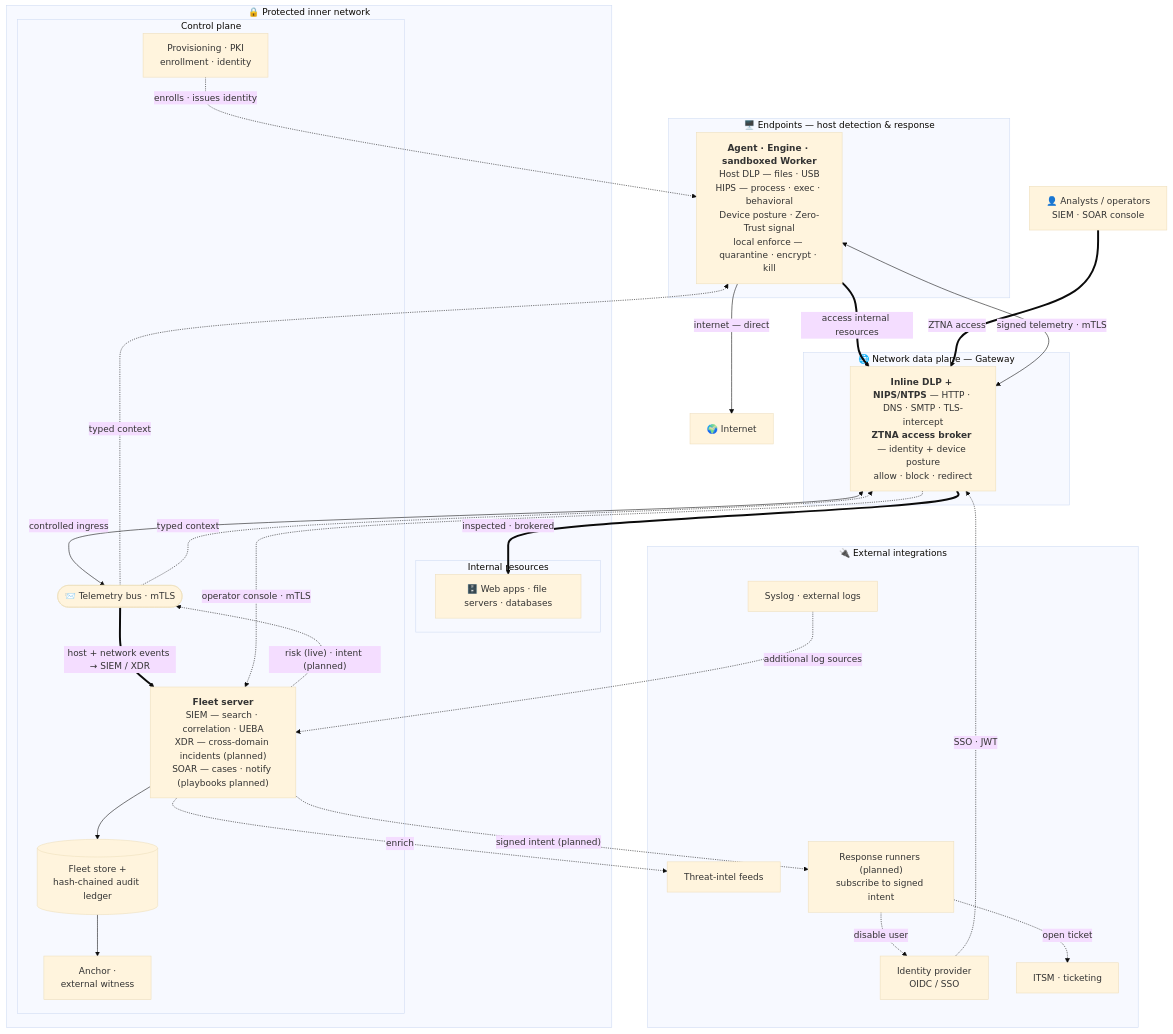
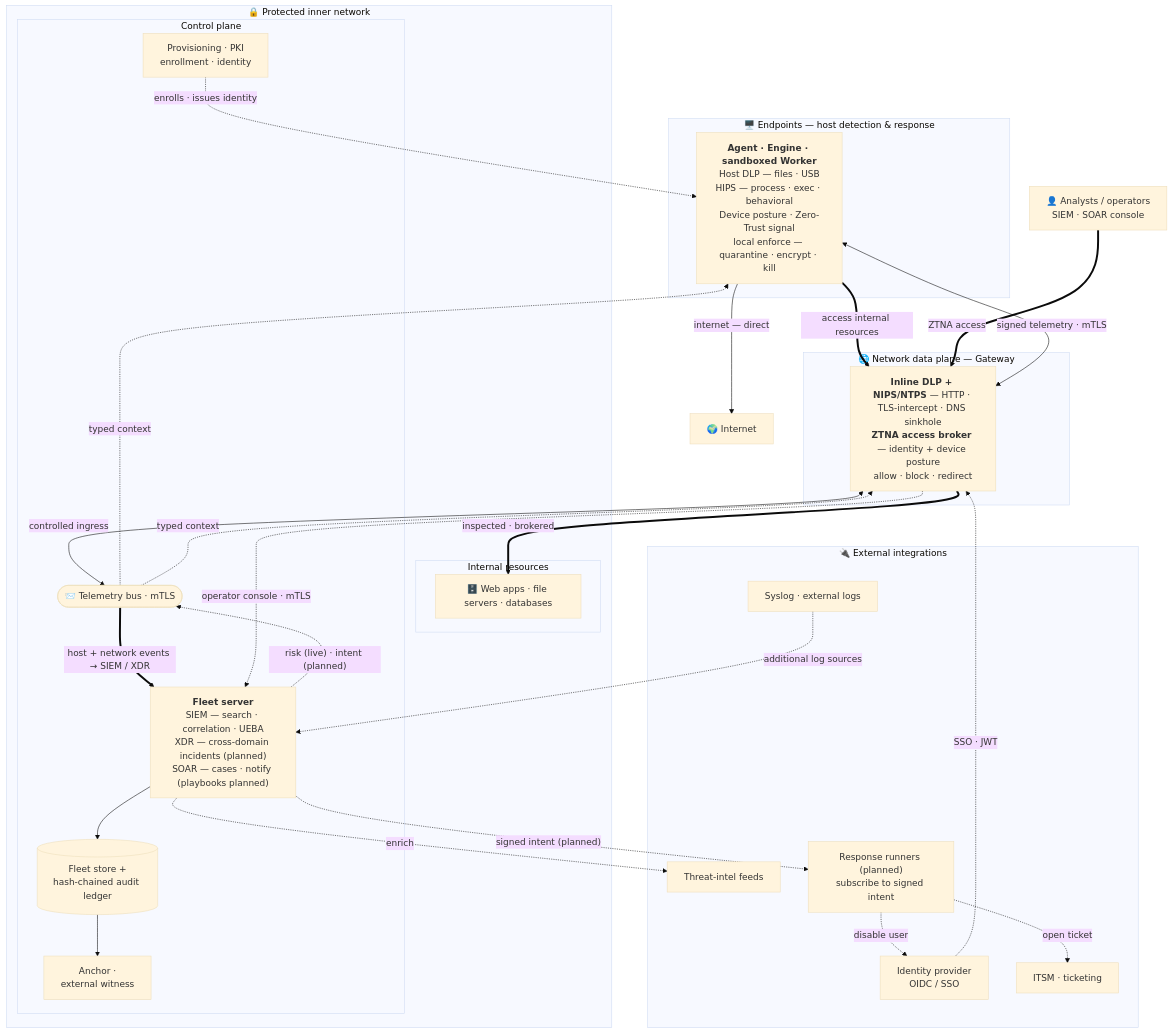
Before and after one commit to lucianoengel/openshield: the second of 2 diagrams in README.md, drawn with Mermaid (base theme). The commit also changed other lines of this file and 19 other files, not shown here.

````diff
--- a/README.md
+++ b/README.md
@@ -123,62 +123,62 @@
 ```mermaid
 flowchart TB
   INET["🌍 Internet"]
 
   subgraph EP["🖥️ Endpoints — host detection &amp; response"]
     HOST["<b>Agent · Engine · sandboxed Worker</b><br/>Host DLP — files · USB<br/>HIPS — process · exec · behavioral<br/>Device posture · Zero-Trust signal<br/>local enforce — quarantine · encrypt · kill"]
   end
 
   subgraph NETP["🌐 Network data plane — Gateway"]
-    GW["<b>Inline DLP + NIPS/NTPS</b> — HTTP · DNS · SMTP · TLS-intercept<br/><b>ZTNA access broker</b> — identity + device posture<br/>allow · block · redirect"]
+    GW["<b>Inline DLP + NIPS/NTPS</b> — HTTP · TLS-intercept · DNS sinkhole<br/><b>ZTNA access broker</b> — identity + device posture<br/>allow · block · redirect"]
   end
 
   subgraph INNER["🔒 Protected inner network"]
     subgraph RES["Internal resources"]
       APPS["🗄️ Web apps · file servers · databases"]
     end
     subgraph CP["Control plane"]
       BUS(["📨 Telemetry bus · mTLS"])
       SRV["<b>Fleet server</b><br/>SIEM — search · correlation · UEBA<br/>XDR — cross-domain incidents (planned)<br/>SOAR — cases · notify (playbooks planned)"]
       LED[("Fleet store +<br/>hash-chained audit ledger")]
       PKI["Provisioning · PKI<br/>enrollment · identity"]
       ANC["Anchor ·<br/>external witness"]
     end
   end
 
   OPS["👤 Analysts / operators<br/>SIEM · SOAR console"]
 
   subgraph EXT["🔌 External integrations"]
     IDP["Identity provider<br/>OIDC / SSO"]
     ITSM["ITSM · ticketing"]
     TI["Threat-intel feeds"]
     LOGS["Syslog · external logs"]
     RUN["Response runners (planned)<br/>subscribe to signed intent"]
   end
 
   %% data plane — user access
   HOST -->|"internet — direct"| INET
   HOST ==>|"access internal resources"| GW
   GW ==>|"inspected · brokered"| APPS
   OPS ==>|"ZTNA access"| GW
 
   %% management plane — signed events into the inner network (the SIEM/XDR feed)
   HOST <-->|"signed telemetry · mTLS"| GW
   GW <-->|"controlled ingress"| BUS
   BUS ==>|"host + network events → SIEM / XDR"| SRV
   SRV --> LED --> ANC
   GW -.->|"operator console · mTLS"| SRV
 
   %% identity / zero trust
   PKI -.->|"enrolls · issues identity"| HOST
   IDP -.->|"SSO · JWT"| GW
   LOGS -.->|"additional log sources"| SRV
 
   %% coordinated response — risk (live) + response-intent (planned) back to every enforcement point
   SRV -.->|"risk (live) · intent (planned)"| BUS
   BUS -.->|"typed context"| HOST
   BUS -.->|"typed context"| GW
   SRV -.->|"enrich"| TI
   SRV -.->|"signed intent (planned)"| RUN
   RUN -.->|"disable user"| IDP
   RUN -.->|"open ticket"| ITSM
 ```
````
